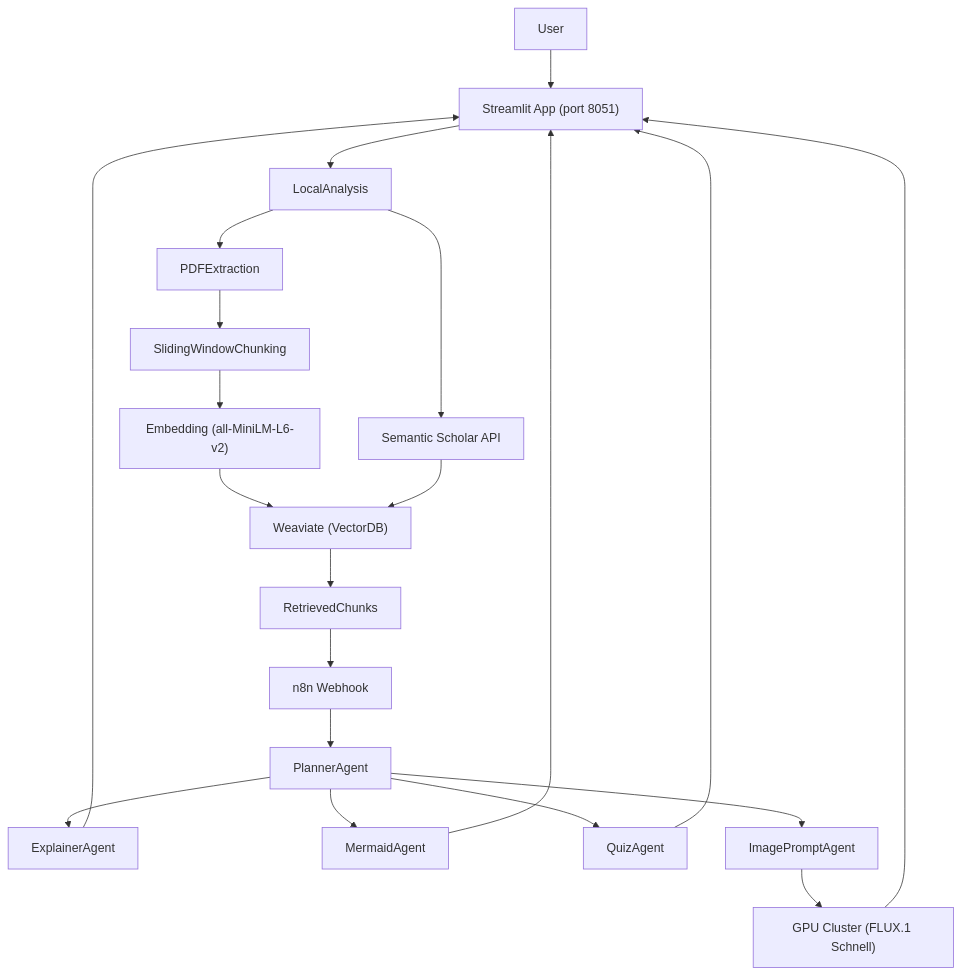
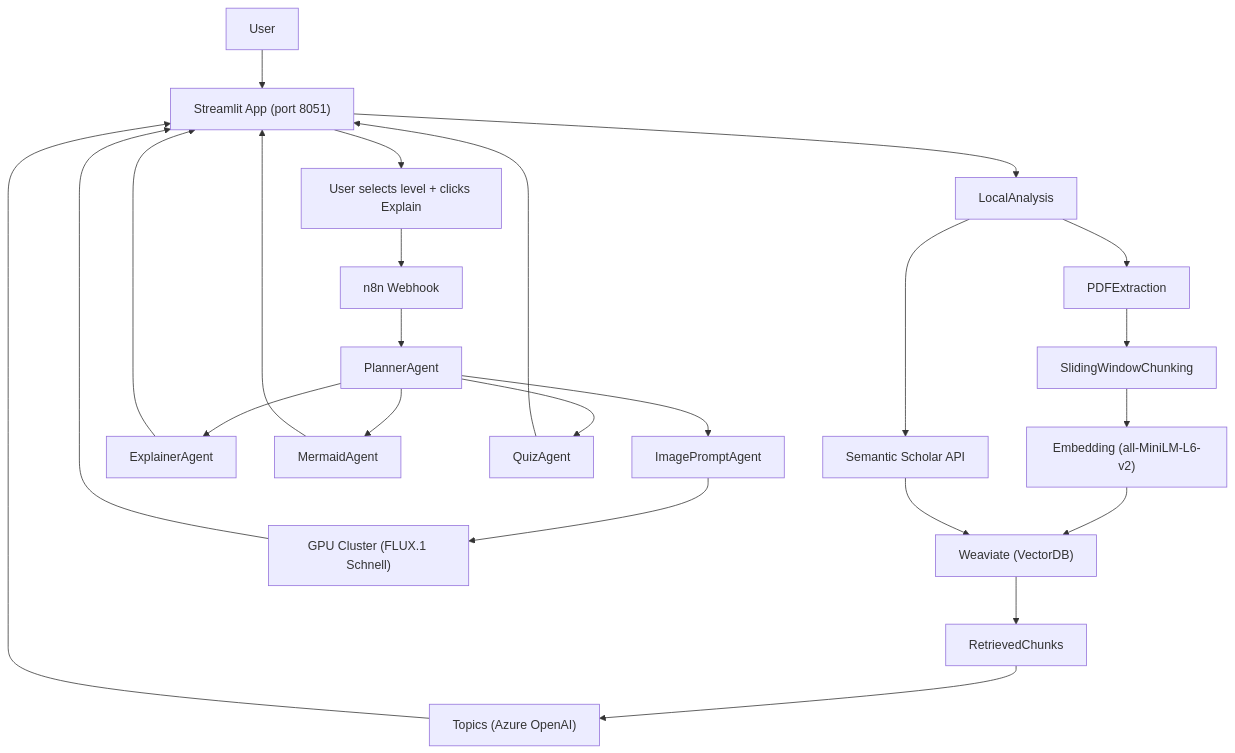
The diagram in README.md (Danispeed/arpx), drawn with Mermaid before and after one commit. The commit also changed other lines of this file, not shown here.

First line of the commit message:
docs(readme): fix architecture diagram and clarify setup + attribution

````diff
--- a/README.md
+++ b/README.md
@@ -27,23 +22,26 @@
 ```mermaid
 graph TD
 User[User] --> UI["Streamlit App (port 8051)"]
 UI --> Analyze[LocalAnalysis]
 Analyze --> Parse[PDFExtraction]
 Parse --> Chunk[SlidingWindowChunking]
 Chunk --> Embed["Embedding (all-MiniLM-L6-v2)"]
 Embed --> WDB["Weaviate (VectorDB)"]
 Analyze --> Scholar["Semantic Scholar API"]
 Scholar --> WDB
 WDB --> Context[RetrievedChunks]
-Context --> N8N["n8n Webhook"]
+Context --> Topics["Topics (Azure OpenAI)"]
+Topics --> UI
+UI --> LevelSelect["User selects level + clicks Explain"]
+LevelSelect --> N8N["n8n Webhook"]
 N8N --> Planner[PlannerAgent]
 Planner --> Explain[ExplainerAgent]
 Planner --> Diagram[MermaidAgent]
 Planner --> Quiz[QuizAgent]
 Planner --> ImgPrompt[ImagePromptAgent]
 ImgPrompt --> GPU["GPU Cluster (FLUX.1 Schnell)"]
 Explain --> UI
 Diagram --> UI
 Quiz --> UI
 GPU --> UI
 ```
````
